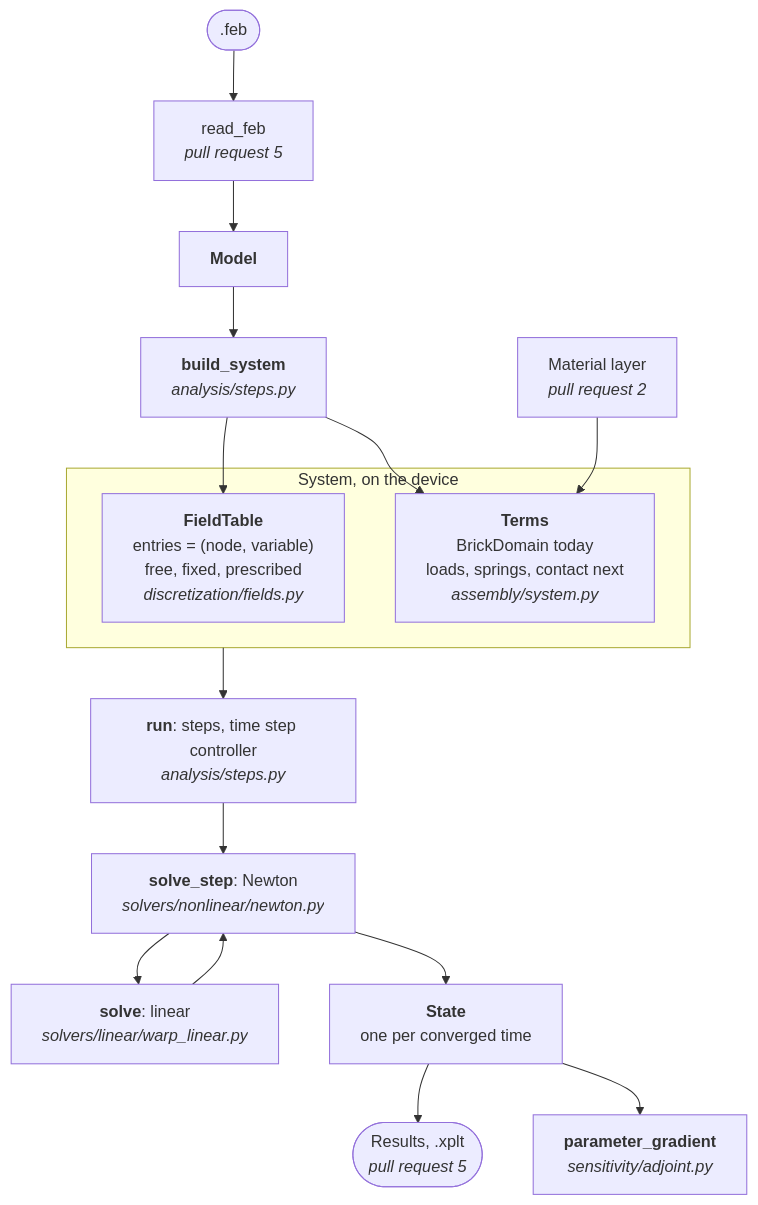
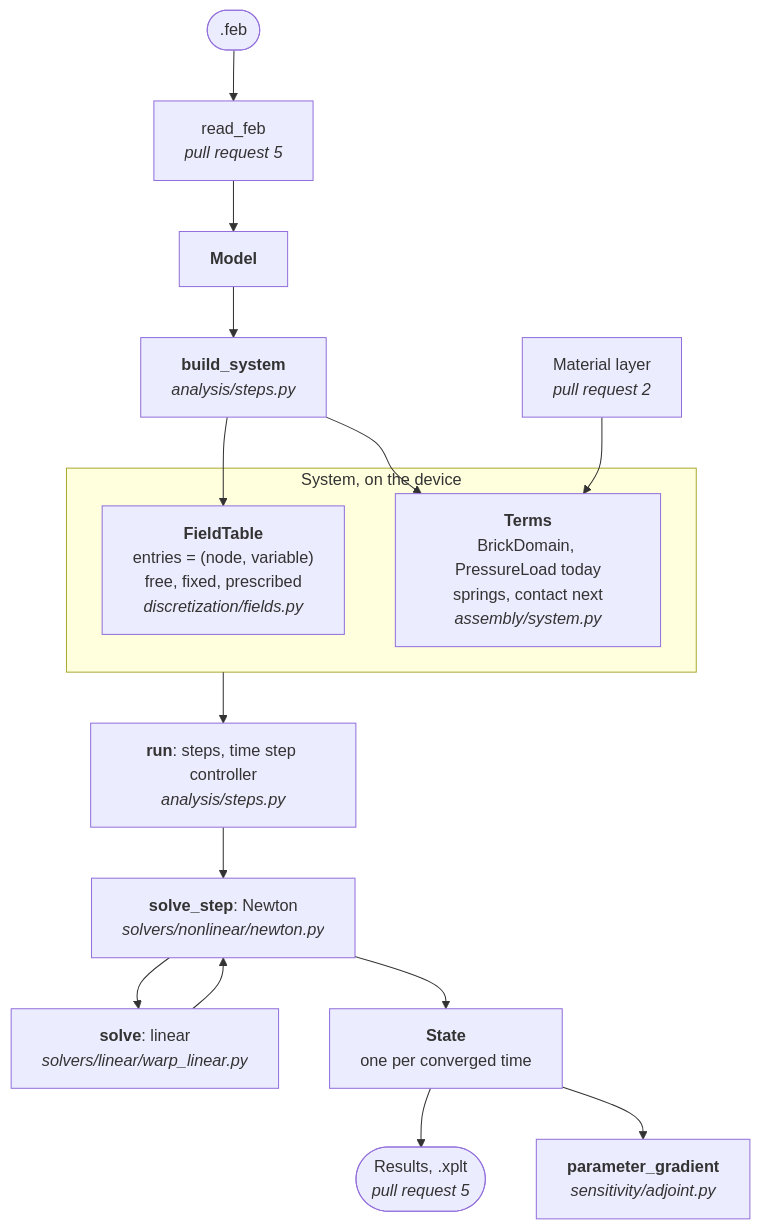
Before and after one commit to JolleyLab/FEBio-Warp-Python: the first of 3 diagrams in docs/design/run_path.md, drawn with Mermaid. The commit also changed other lines of this file and 12 other files, not shown here.

````diff
--- a/docs/design/run_path.md
+++ b/docs/design/run_path.md
@@ -22,19 +23,19 @@
 ```mermaid
 flowchart TB
     feb([".feb"]) --> read["read_feb<br/><i>pull request 5</i>"] --> model["<b>Model</b>"]
     model --> build["<b>build_system</b><br/><i>analysis/steps.py</i>"]
 
     subgraph system["System, on the device"]
         fields["<b>FieldTable</b><br/>entries = (node, variable)<br/>free, fixed, prescribed<br/><i>discretization/fields.py</i>"]
-        terms["<b>Terms</b><br/>BrickDomain today<br/>loads, springs, contact next<br/><i>assembly/system.py</i>"]
+        terms["<b>Terms</b><br/>BrickDomain, PressureLoad today<br/>springs, contact next<br/><i>assembly/system.py</i>"]
     end
     build --> fields & terms
     mat["Material layer<br/><i>pull request 2</i>"] --> terms
 
     system --> run["<b>run</b>: steps, time step controller<br/><i>analysis/steps.py</i>"]
     run --> newton["<b>solve_step</b>: Newton<br/><i>solvers/nonlinear/newton.py</i>"]
     newton --> lin["<b>solve</b>: linear<br/><i>solvers/linear/warp_linear.py</i>"] --> newton
     newton --> state["<b>State</b><br/>one per converged time"]
     state --> results(["Results, .xplt<br/><i>pull request 5</i>"])
     state --> adj["<b>parameter_gradient</b><br/><i>sensitivity/adjoint.py</i>"]
 ```
````
